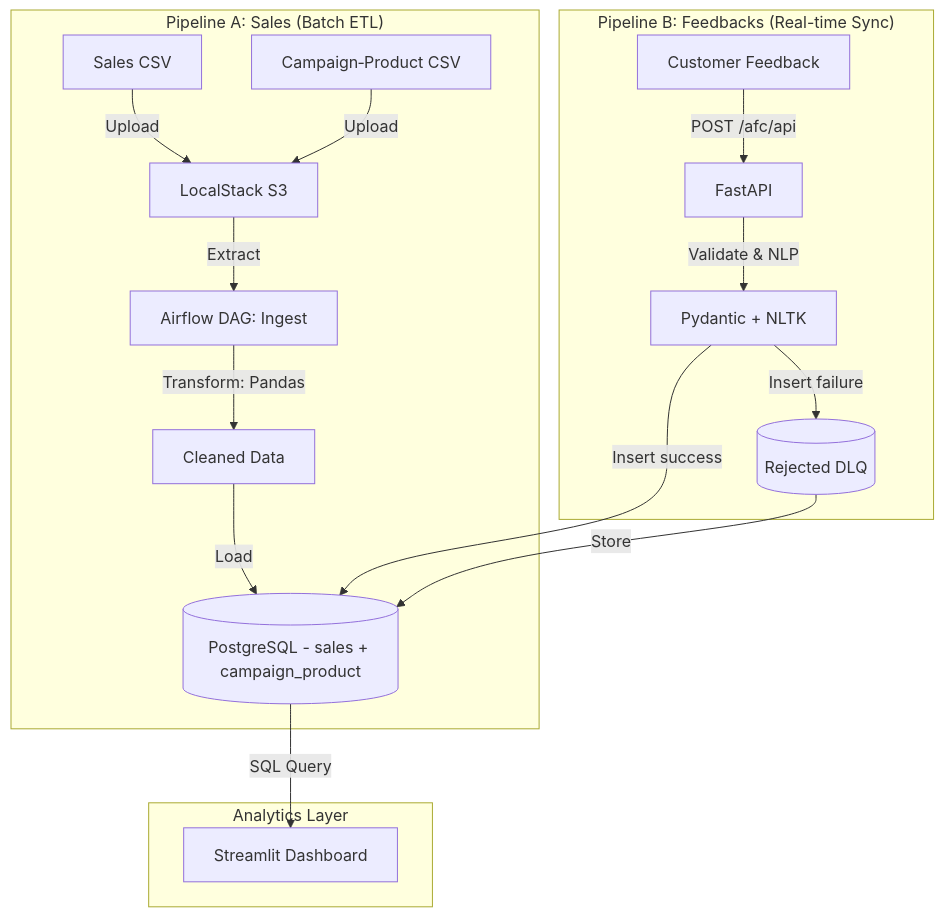
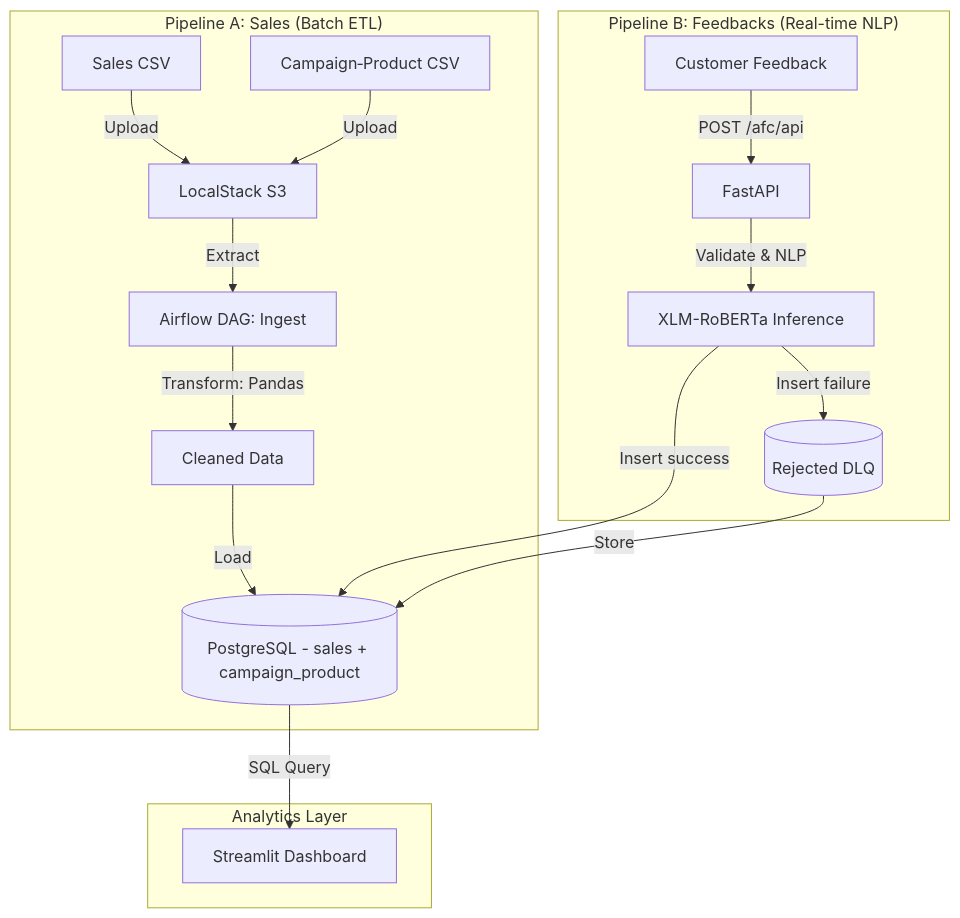
The diagram in README.md (Adelllllllll/AFC-Solution), drawn with Mermaid before and after one commit. The commit also changed other lines of this file and 4 other files, not shown here.

````diff
--- a/README.md
+++ b/README.md
@@ -13,21 +13,21 @@
 ```mermaid
 graph TD
     subgraph "Pipeline A: Sales (Batch ETL)"
         CSV1[Sales CSV] & CSV2[Campaign‑Product CSV] -->|Upload| S3[LocalStack S3]
         S3 -->|Extract| DAG1[Airflow DAG: Ingest]
         DAG1 -->|Transform: Pandas| Clean[Cleaned Data]
         Clean -->|Load| DB[(PostgreSQL - sales + campaign_product)]
     end
 
-    subgraph "Pipeline B: Feedbacks (Real-time Sync)"
+    subgraph "Pipeline B: Feedbacks (Real-time NLP)"
         User[Customer Feedback] -->|POST /afc/api| API[FastAPI]
-        API -->|Validate & NLP| PydanticNLTK[Pydantic + NLTK]
-        PydanticNLTK -->|Insert success| DB
-        PydanticNLTK -->|Insert failure| DLQ[(Rejected DLQ)]
+        API -->|Validate & NLP| XLMRoBERTa["XLM-RoBERTa Inference"]
+        XLMRoBERTa -->|Insert success| DB
+        XLMRoBERTa -->|Insert failure| DLQ[(Rejected DLQ)]
         DLQ -->|Store| DB
     end
 
     subgraph "Analytics Layer"
         DB -->|SQL Query| Dashboard[Streamlit Dashboard]
     end
 ```
````
